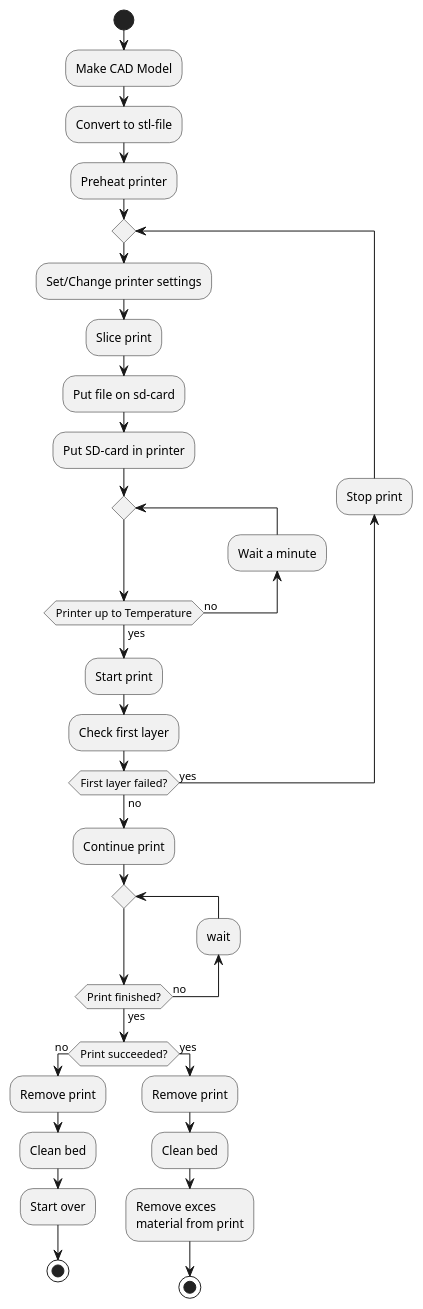
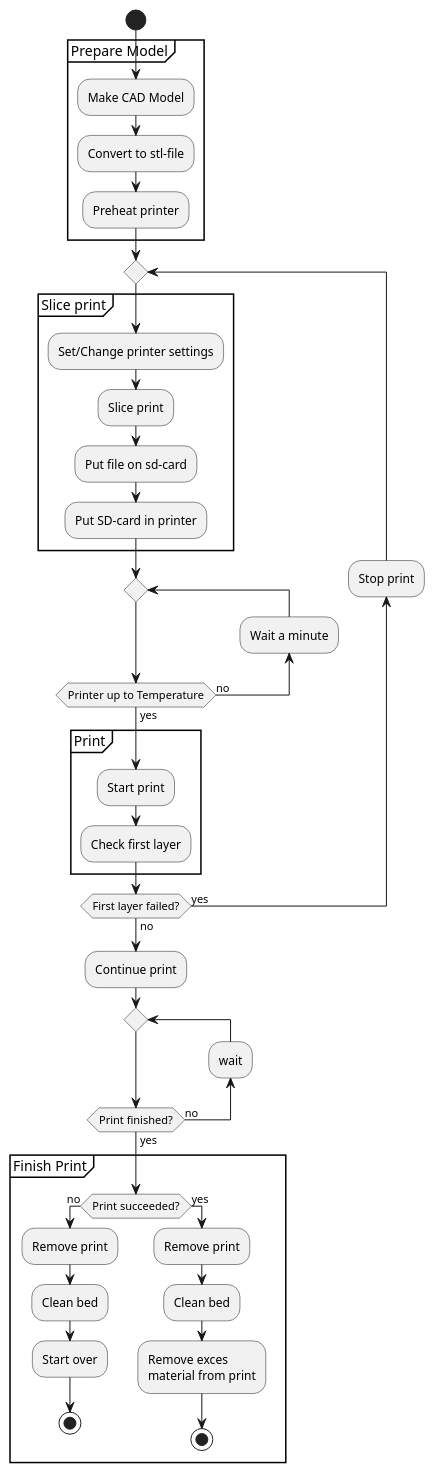
Before and after one commit to QuintenWeerkamp/Routine: the diagram in src/.chapter_2.md, drawn with PlantUML. The commit also changed other lines of this file and 14 other files, not shown here.

````diff
--- a/src/.chapter_2.md
+++ b/src/.chapter_2.md
@@ -2,37 +2,43 @@
 ```plantuml
 @startuml
 Start
+Group Prepare Model
 :Make CAD Model;
 :Convert to stl-file;
 :Preheat printer;
+end group
 Repeat
+backward:Stop print;
+group Slice print
 :Set/Change printer settings;
-backward:Stop print;
 :Slice print;
 :Put file on sd-card;
 :Put SD-card in printer;
+end group
 Repeat
 backward:Wait a minute;
 repeat while (Printer up to Temperature) is (no) not (yes)
+Group Print
 :Start print;
 :Check first layer;
+End group
 Repeat while (First layer failed?) is (yes) not (no)
 :Continue print;
 Repeat
 backward:wait;
 repeat while (Print finished?) is (no) not (yes)
+Group Finish Print
 If (Print succeeded?) then (no)
 :Remove print;
 :Clean bed;
 :Start over;
 stop
 Else (yes)
 :Remove print;
 :Clean bed;
 :Remove exces\nmaterial from print;
 stop
-
 endif
-
+end group
 @enduml
 ```
````
